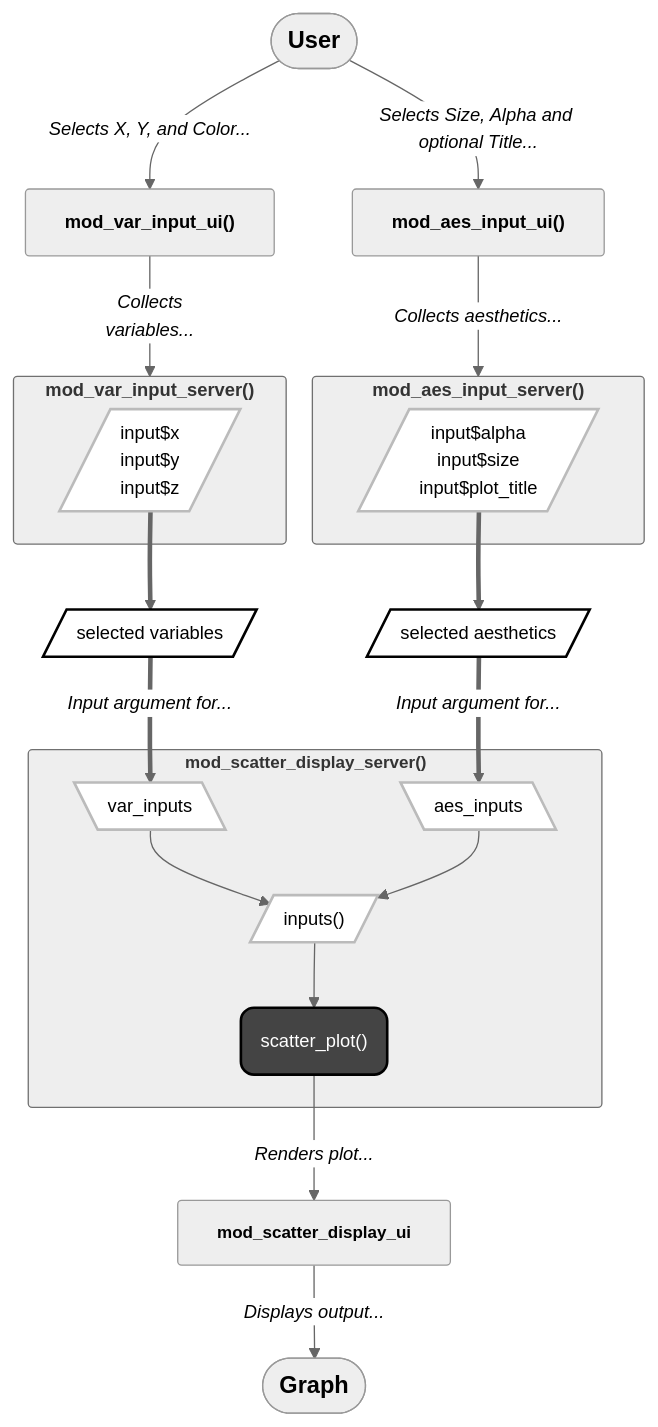
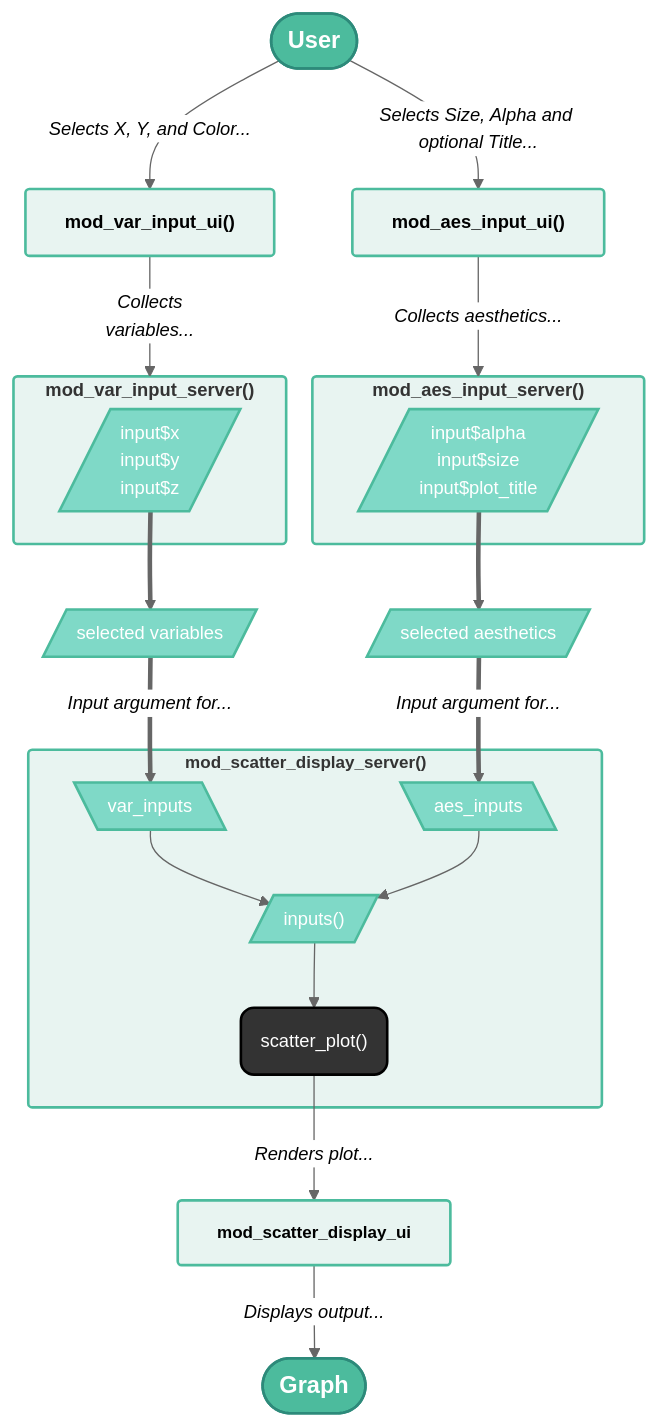
Before and after one commit to mjfrigaard/shiny-app-pkgs: the diagram in golem.qmd, drawn with Mermaid.

Commit message:
Style mermaid diagram in golem.qmd with teal palette
- Module workflow diagram with reactives
- Applied teal/light-teal/container styling

````diff
--- a/golem.qmd
+++ b/golem.qmd
@@ -86,63 +86,60 @@
 ```{mermaid}
 %%| fig-align: center
 %%| fig-cap: 'Variable and aesthetic input modules'
 %%{init: {'theme': 'neutral', 'themeVariables': { 'fontFamily': 'monospace', "fontSize":"14px"}}}%%
 flowchart TD
     User(["<strong>User</strong>"])
     mod_var_input_ui["<strong>mod_var_input_ui()</strong>"]
     mod_aes_input_ui["<strong>mod_aes_input_ui()</strong>"]
     mod_scatter_display_ui["<strong>mod_scatter_display_ui</strong>"] 
     
     subgraph mod_scatter_display_server["<strong>mod_scatter_display_server()</strong>"]
         var_inputs[\"var_inputs"\]
         aes_inputs[\"aes_inputs"\]
         inputs[/"inputs()"/]
         scatter_plot("scatter_plot()")
     end
     
     subgraph mod_var_input_server["<strong>mod_var_input_server()</strong>"]
         VarReactives[/"input$x<br>input$y<br>input$z"/]
     end
     subgraph mod_aes_input_server["<strong>mod_aes_input_server()</strong>"]
         AesReactives[/"input$alpha<br>input$size<br>input$plot_title"/]
     end
 
     selected_vars[/"selected variables"/]
     selected_aes[/"selected aesthetics"/]
     
     User --> |"<em>Selects X, Y, and Color...</em>"|mod_var_input_ui
     User --> |"<em>Selects Size, Alpha and optional Title...</em>"|mod_aes_input_ui
     mod_var_input_ui --> |"<em>Collects<br>variables...</em>"|mod_var_input_server
     mod_aes_input_ui --> |"<em>Collects aesthetics...</em>"|mod_aes_input_server
     VarReactives ==> selected_vars
     AesReactives ==> selected_aes
     selected_vars ==>|"<em>Input argument for...</em>"|var_inputs
     selected_aes ==>|"<em>Input argument for...</em>"|aes_inputs
     var_inputs & aes_inputs --> inputs --> scatter_plot
     scatter_plot -->|"<em>Renders plot...</em>"|mod_scatter_display_ui
     mod_scatter_display_ui -->|"<em>Displays output...</em>"|Display(["<strong>Graph</strong>"])
     
-    style User font-size:18px
-    style Display font-size:18px
+    style User fill:#4CBB9D,color:#fff,stroke:#2d8a7a,stroke-width:2px,font-size:18px
+    style Display fill:#4CBB9D,color:#fff,stroke:#2d8a7a,stroke-width:2px,font-size:18px
 
-    style mod_scatter_display_ui fill:#eee,font-size:13px,stroke-width:1px,rx:3,ry:3
-    style mod_scatter_display_server fill:#eee,font-size:13px,stroke-width:1px,rx:3,ry:3
-    style mod_var_input_server fill:#eee,font-size:14px,stroke-width:1px,rx:3,ry:3
-    style mod_var_input_ui fill:#eee,font-size:14px,stroke-width:1px,rx:3,ry:3
-    style mod_aes_input_server fill:#eee,font-size:14px,stroke-width:1px,rx:3,ry:3
-    style mod_aes_input_ui fill:#eee,font-size:14px,stroke-width:1px,rx:3,ry:3
-    
-    style AesReactives fill:#fff,stroke:#bbb,stroke-width:2px
-    style VarReactives fill:#fff,stroke:#bbb,stroke-width:2px
-    style selected_vars fill:#fff,stroke:#000,stroke-width:2px
-    style selected_aes fill:#fff,stroke:#000,stroke-width:2px
-    style var_inputs fill:#fff,stroke:#bbb,stroke-width:2px
-    style aes_inputs fill:#fff,stroke:#bbb,stroke-width:2px
-    style inputs fill:#fff,stroke:#bbb,stroke-width:2px
+    style mod_scatter_display_ui fill:#e8f4f1,stroke:#4CBB9D,stroke-width:2px,rx:3,ry:3,font-size:13px
+    style mod_scatter_display_server fill:#e8f4f1,stroke:#4CBB9D,stroke-width:2px,rx:3,ry:3,font-size:13px
+    style mod_var_input_server fill:#e8f4f1,stroke:#4CBB9D,stroke-width:2px,rx:3,ry:3,font-size:14px
+    style mod_var_input_ui fill:#e8f4f1,stroke:#4CBB9D,stroke-width:2px,rx:3,ry:3,font-size:14px
+    style mod_aes_input_server fill:#e8f4f1,stroke:#4CBB9D,stroke-width:2px,rx:3,ry:3,font-size:14px
+    style mod_aes_input_ui fill:#e8f4f1,stroke:#4CBB9D,stroke-width:2px,rx:3,ry:3,font-size:14px
 
-    style scatter_plot fill:#444,color:#FFF,stroke:#000,stroke-width:2px,rx:10,ry:10
-    
-    style VarReactives font-size: 14px
-    style AesReactives font-size: 14px
+    style AesReactives fill:#7fd9c7,stroke:#4CBB9D,stroke-width:2px,color:#fff,font-size:14px
+    style VarReactives fill:#7fd9c7,stroke:#4CBB9D,stroke-width:2px,color:#fff,font-size:14px
+    style selected_vars fill:#7fd9c7,stroke:#4CBB9D,stroke-width:2px,color:#fff
+    style selected_aes fill:#7fd9c7,stroke:#4CBB9D,stroke-width:2px,color:#fff
+    style var_inputs fill:#7fd9c7,stroke:#4CBB9D,stroke-width:2px,color:#fff
+    style aes_inputs fill:#7fd9c7,stroke:#4CBB9D,stroke-width:2px,color:#fff
+    style inputs fill:#7fd9c7,stroke:#4CBB9D,stroke-width:2px,color:#fff
+
+    style scatter_plot fill:#333,color:#FFF,stroke:#000,stroke-width:2px,rx:10,ry:10
     
 ```
````
